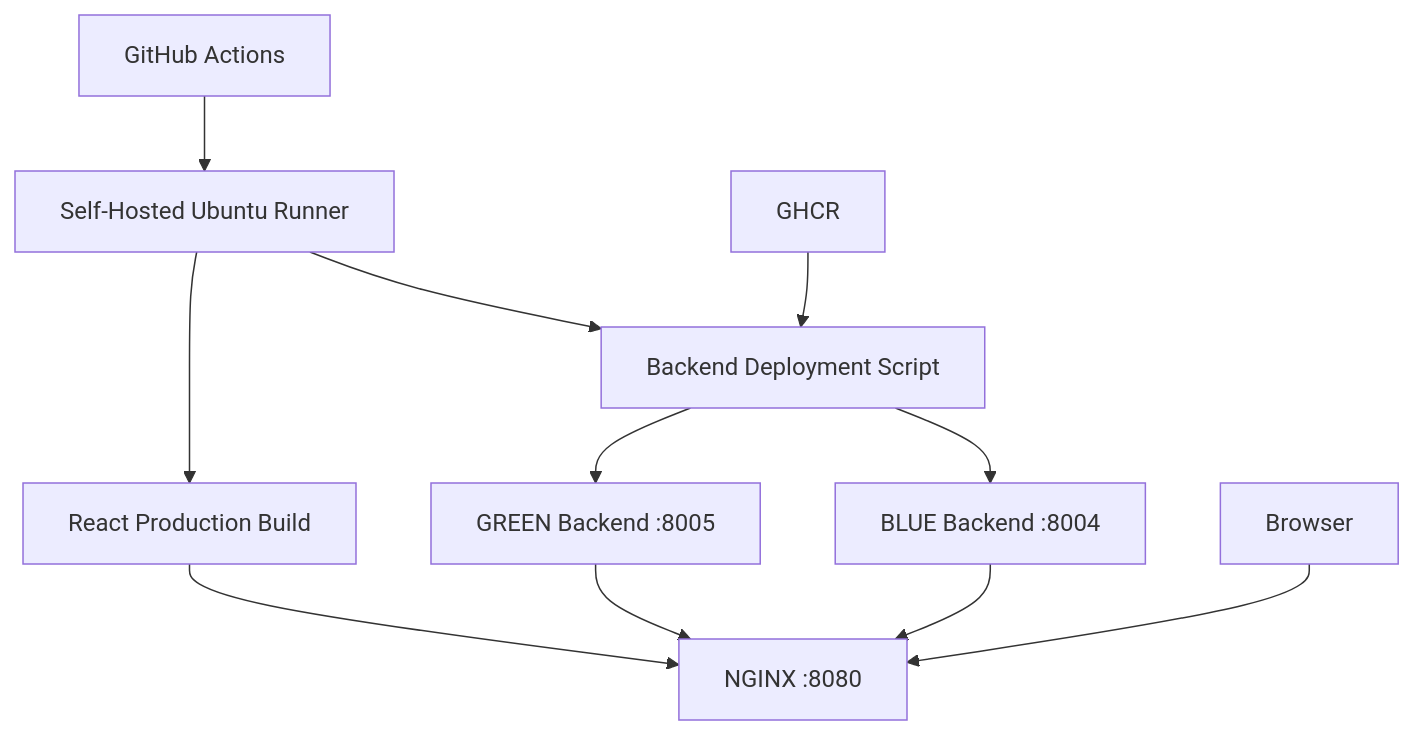
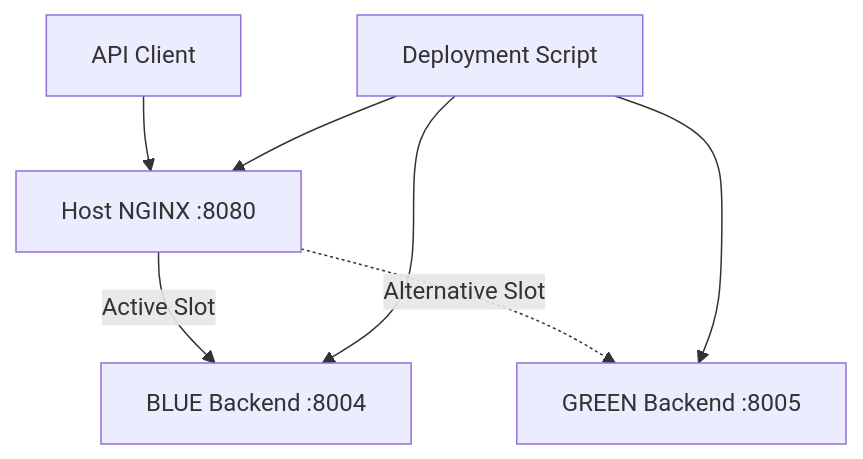
The fourth of 5 diagrams in README.md (imtiaz04/autoquote-platform), drawn with Mermaid before and after one commit. The commit also changed other lines of this file, not shown here.

Commit message:
Update README with current AutoQuote architecture and CI/CD documentation

````diff
--- a/README.md
+++ b/README.md
@@ -276,20 +427,12 @@
 ```mermaid
 flowchart TD
-    A["GitHub Actions"] --> B["Self-Hosted Ubuntu Runner"]
+    A["API Client"] --> B["Host NGINX :8080"]
 
-    C["GHCR"] --> D["Backend Deployment Script"]
+    B -->|"Active Slot"| C["BLUE Backend :8004"]
 
-    B --> D
+    B -.->|"Alternative Slot"| D["GREEN Backend :8005"]
 
-    D --> E["BLUE Backend :8004"]
-    D --> F["GREEN Backend :8005"]
-
-    B --> G["React Production Build"]
-
-    G --> H["NGINX :8080"]
-
-    E --> H
-    F --> H
-
-    I["Browser"] --> H
+    E["Deployment Script"] --> C
+    E --> D
+    E --> B
 ```
````
